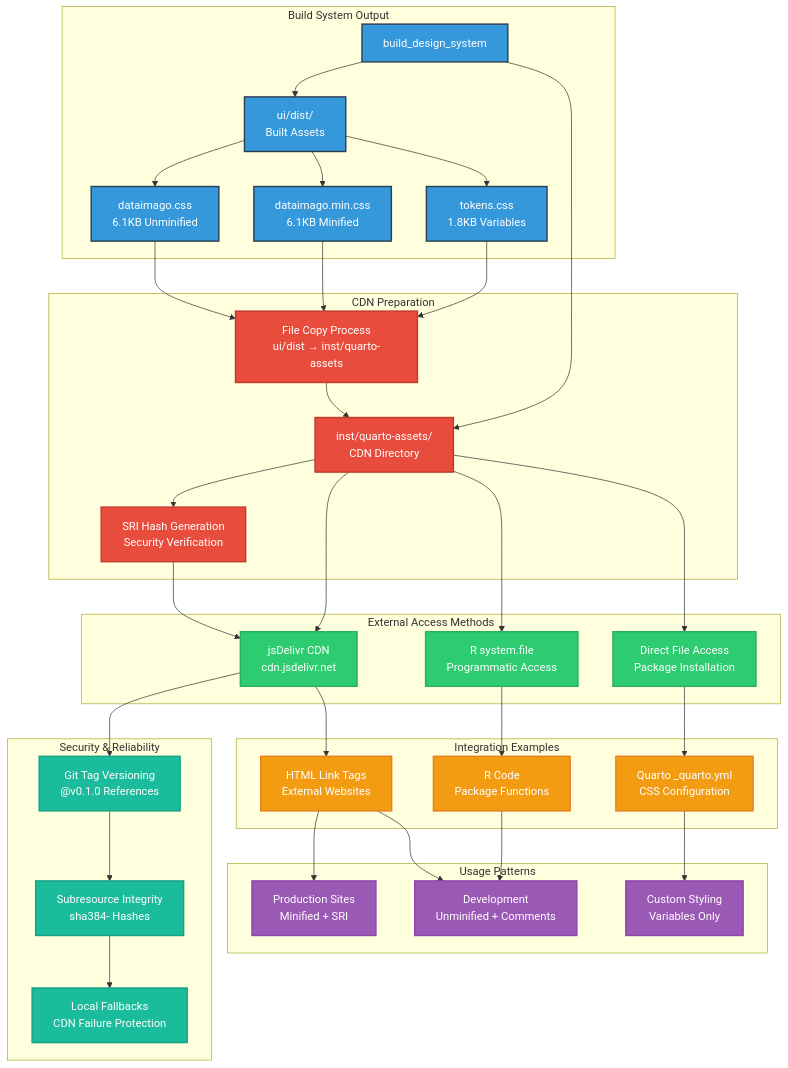
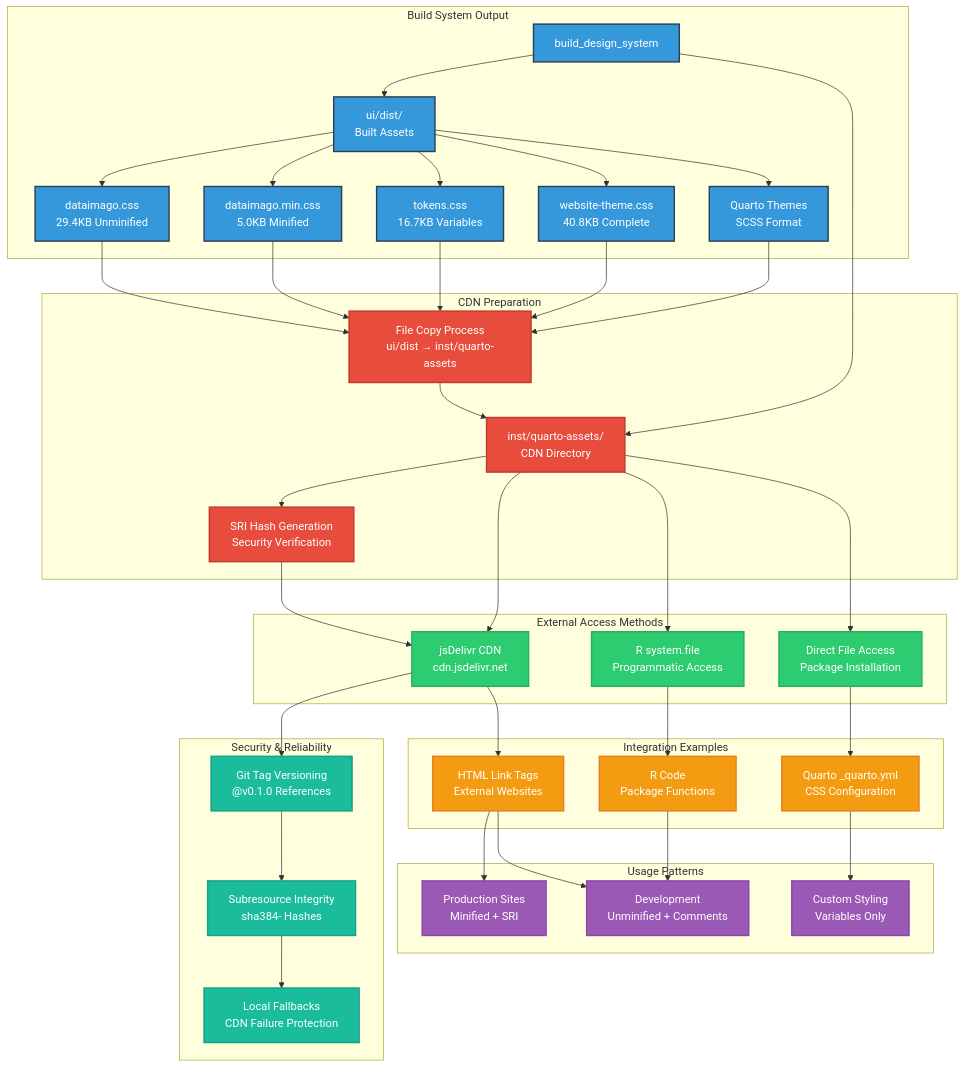
One commit to dataimago/dataimago changed the diagram in inst/quarto-assets/README.md. Above: the diagram before and after it, drawn with Mermaid. The commit also changed other lines of this file and 84 other files, not shown here.

```diff
--- a/inst/quarto-assets/README.md
+++ b/inst/quarto-assets/README.md
@@ -110,9 +141,11 @@
     subgraph "Build System Output"
         BUILD[build_design_system]
         BUILD --> UI_DIST[ui/dist/<br/>Built Assets]
-        UI_DIST --> DEV_CSS[dataimago.css<br/>6.1KB Unminified]
-        UI_DIST --> PROD_CSS[dataimago.min.css<br/>6.1KB Minified]
-        UI_DIST --> TOKENS[tokens.css<br/>1.8KB Variables]
+        UI_DIST --> DEV_CSS[dataimago.css<br/>29.4KB Unminified]
+        UI_DIST --> PROD_CSS[dataimago.min.css<br/>5.0KB Minified]
+        UI_DIST --> TOKENS[tokens.css<br/>16.7KB Variables]
+        UI_DIST --> WEBSITE[website-theme.css<br/>40.8KB Complete]
+        UI_DIST --> QUARTO_THEMES[Quarto Themes<br/>SCSS Format]
     end
 
     subgraph "CDN Preparation"
@@ -149,6 +182,8 @@
     DEV_CSS --> COPY
     PROD_CSS --> COPY
     TOKENS --> COPY
+    WEBSITE --> COPY
+    QUARTO_THEMES --> COPY
     COPY --> CDN_DIR
     
     CDN_DIR --> SRI
@@ -181,7 +216,7 @@
     classDef usage fill:#9b59b6,stroke:#8e44ad,stroke-width:2px,color:#fff
     classDef security fill:#1abc9c,stroke:#16a085,stroke-width:2px,color:#fff
 
-    class BUILD,UI_DIST,DEV_CSS,PROD_CSS,TOKENS build
+    class BUILD,UI_DIST,DEV_CSS,PROD_CSS,TOKENS,WEBSITE,QUARTO_THEMES build
     class CDN_DIR,SRI,COPY cdn
     class JSDELIVR,R_ACCESS,DIRECT access
     class HTML,QUARTO,R_CODE integration
```
